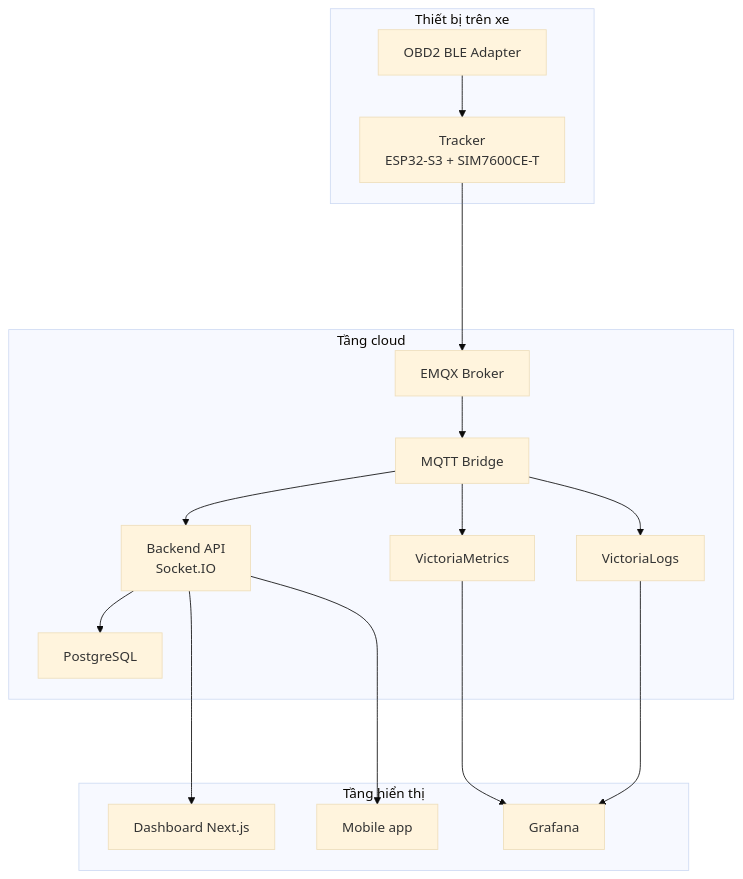
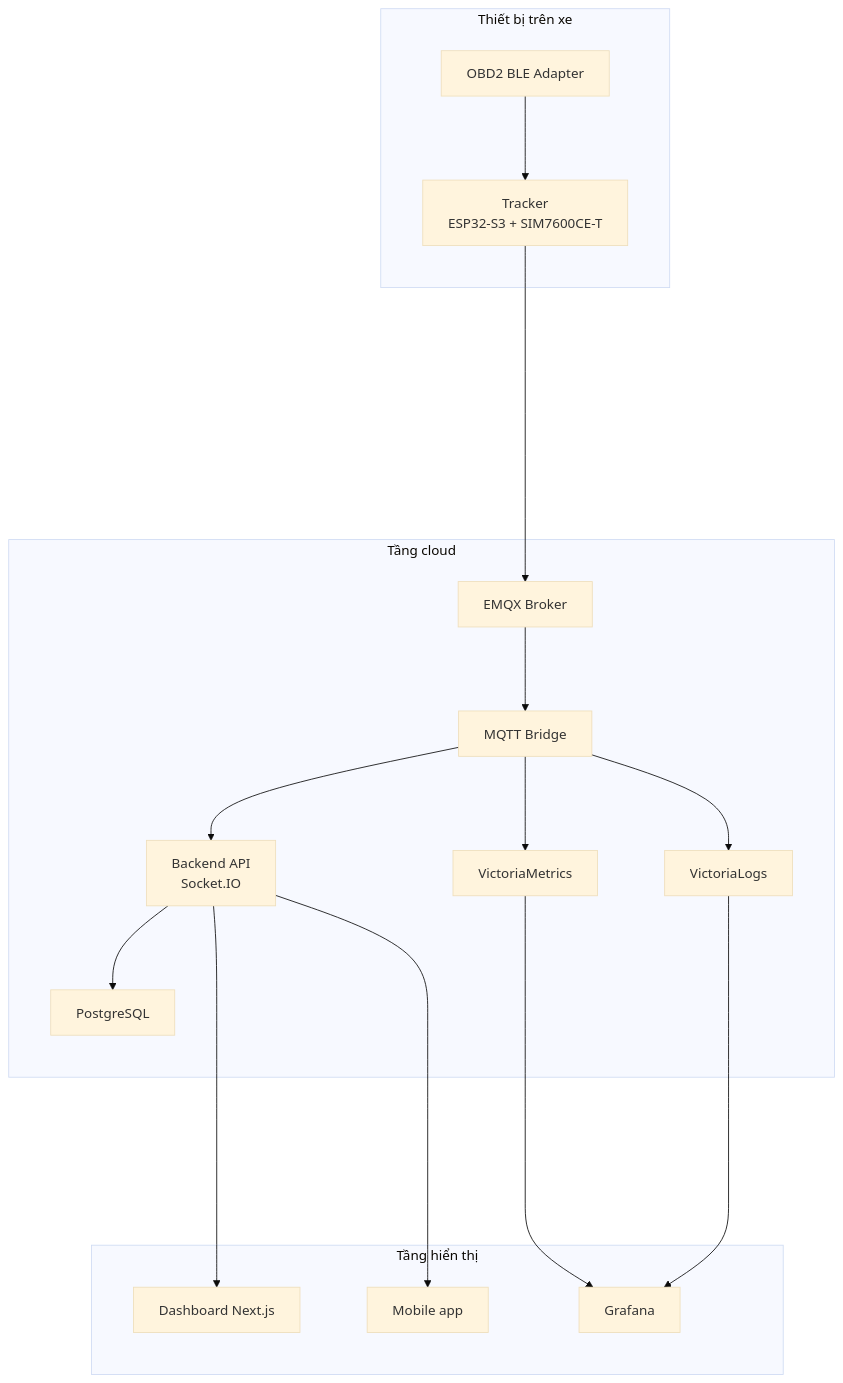
Before and after one commit to anmh1205/IoT_Vehicle_Tracking_System: the diagram in resources/reports/thesis/final/assets/uml/01-chuong-1-gioi-thieu-hinh-1-3.mmd, drawn with Mermaid (base theme). The commit also changed 363 other files, not shown here.

```diff
--- a/resources/reports/thesis/final/assets/uml/01-chuong-1-gioi-thieu-hinh-1-3.mmd
+++ b/resources/reports/thesis/final/assets/uml/01-chuong-1-gioi-thieu-hinh-1-3.mmd
@@ -1,34 +1,35 @@
+%%{init: {'flowchart': {'nodeSpacing': 80, 'rankSpacing': 100}} }%%
 flowchart TB
     subgraph Vehicle["Thiết bị trên xe"]
         OBD["OBD2 BLE Adapter"]
         Tracker["Tracker
 ESP32-S3 + SIM7600CE-T"]
         OBD --> Tracker
     end
 
     subgraph Cloud["Tầng cloud"]
         EMQX["EMQX Broker"]
         Bridge["MQTT Bridge"]
         API["Backend API
 Socket.IO"]
         PG["PostgreSQL"]
         VM["VictoriaMetrics"]
         VL["VictoriaLogs"]
         EMQX --> Bridge
         Bridge --> API
         Bridge --> VM
         Bridge --> VL
         API --> PG
     end
 
     subgraph Client["Tầng hiển thị"]
         Web["Dashboard Next.js"]
         Mobile["Mobile app"]
         Grafana["Grafana"]
     end
 
     Tracker ----> EMQX
     API ----> Web
     API ----> Mobile
     VM ----> Grafana
     VL ----> Grafana
```
